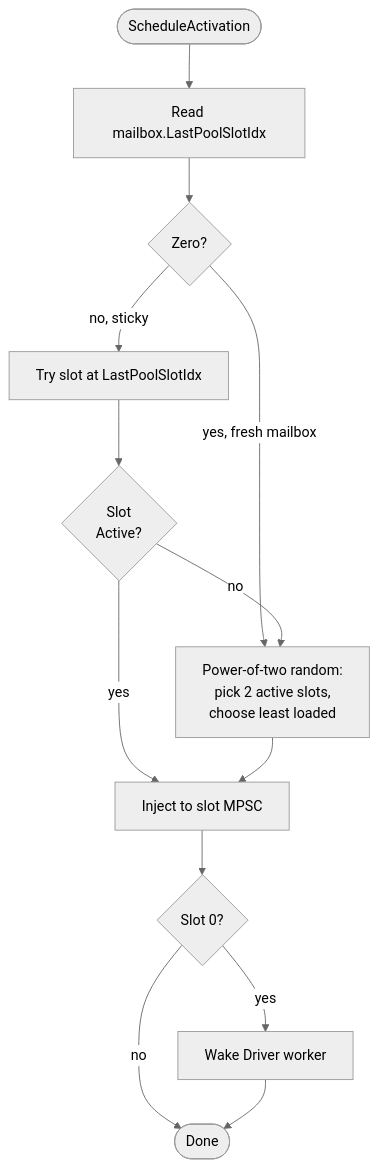
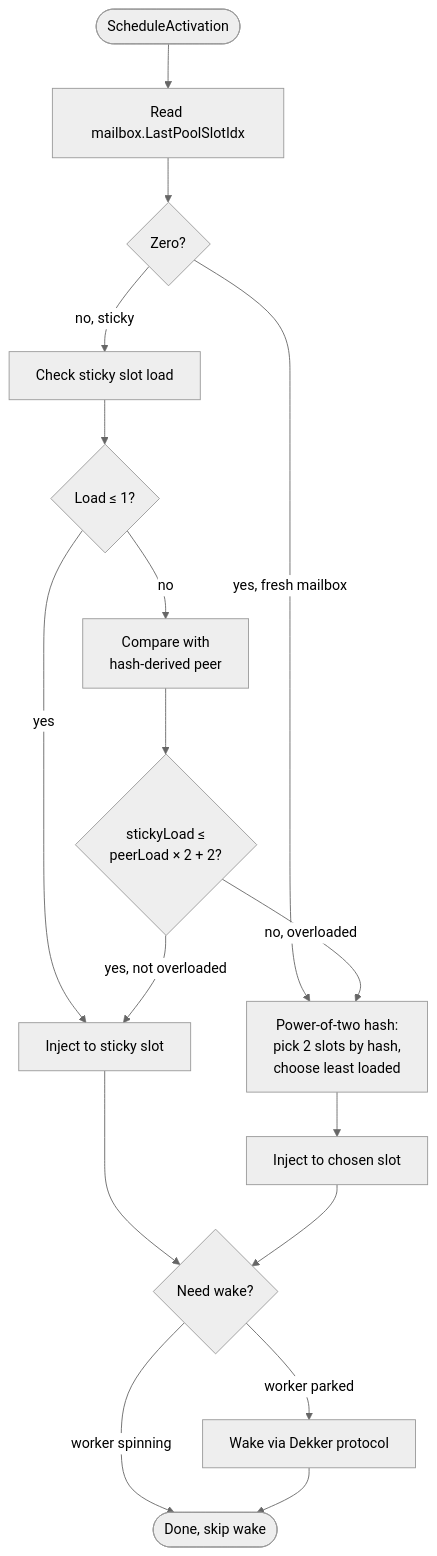
One commit to ak0rz/ydb changed the fourth of 4 diagrams in ydb/library/actors/core/workstealing/doc/rfc.md. Above: the diagram before and after it, drawn with Mermaid (neutral theme). The commit also changed other lines of this file and 3 other files, not shown here.

````diff
--- a/ydb/library/actors/core/workstealing/doc/rfc.md
+++ b/ydb/library/actors/core/workstealing/doc/rfc.md
@@ -122,15 +123,19 @@
 ```mermaid
 flowchart TD
     SCHED([ScheduleActivation]) --> READ[Read mailbox.LastPoolSlotIdx]
     READ --> ZERO{Zero?}
-    ZERO -->|yes, fresh mailbox| P2R[Power-of-two random:<br/>pick 2 active slots,<br/>choose least loaded]
-    ZERO -->|no, sticky| TRY[Try slot at LastPoolSlotIdx]
-    TRY --> ACTIVE{Slot<br/>Active?}
-    ACTIVE -->|yes| INJECT[Inject to slot MPSC]
-    ACTIVE -->|no| P2R
-    P2R --> INJECT
-    INJECT --> WAKE{Slot 0?}
-    WAKE -->|yes| WAKEUP[Wake Driver worker]
-    WAKE -->|no| DONE([Done])
+    ZERO -->|yes, fresh mailbox| P2R[Power-of-two hash:<br/>pick 2 slots by hash,<br/>choose least loaded]
+    ZERO -->|no, sticky| CHECK[Check sticky slot load]
+    CHECK --> EMPTY{Load ≤ 1?}
+    EMPTY -->|yes| INJECT[Inject to sticky slot]
+    EMPTY -->|no| COMPARE[Compare with<br/>hash-derived peer]
+    COMPARE --> BALANCED{"stickyLoad ≤<br/>peerLoad × 2 + 2?"}
+    BALANCED -->|yes, not overloaded| INJECT
+    BALANCED -->|no, overloaded| P2R
+    P2R --> INJECT2[Inject to chosen slot]
+    INJECT --> WAKE{Need wake?}
+    INJECT2 --> WAKE
+    WAKE -->|worker parked| WAKEUP[Wake via Dekker protocol]
+    WAKE -->|worker spinning| DONE([Done, skip wake])
     WAKEUP --> DONE
 ```
````
